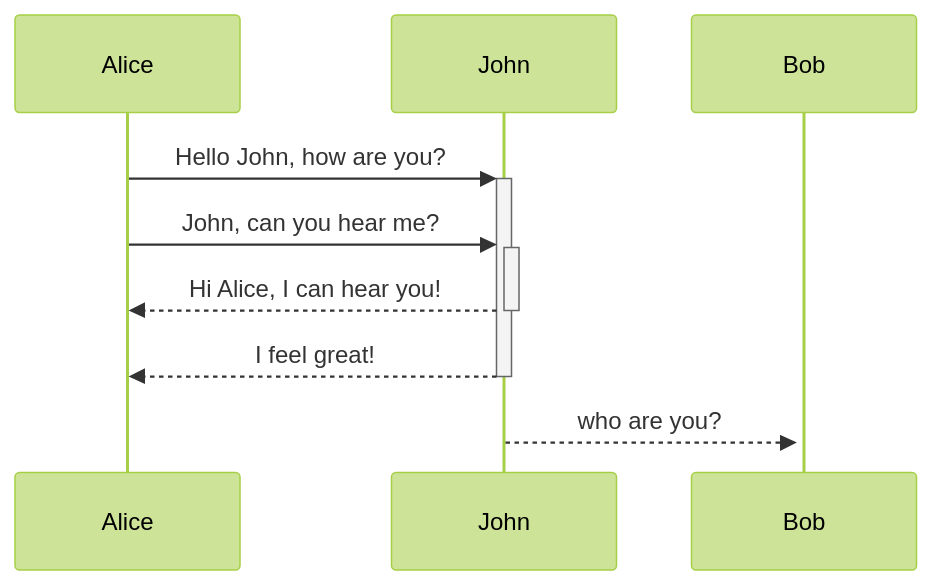
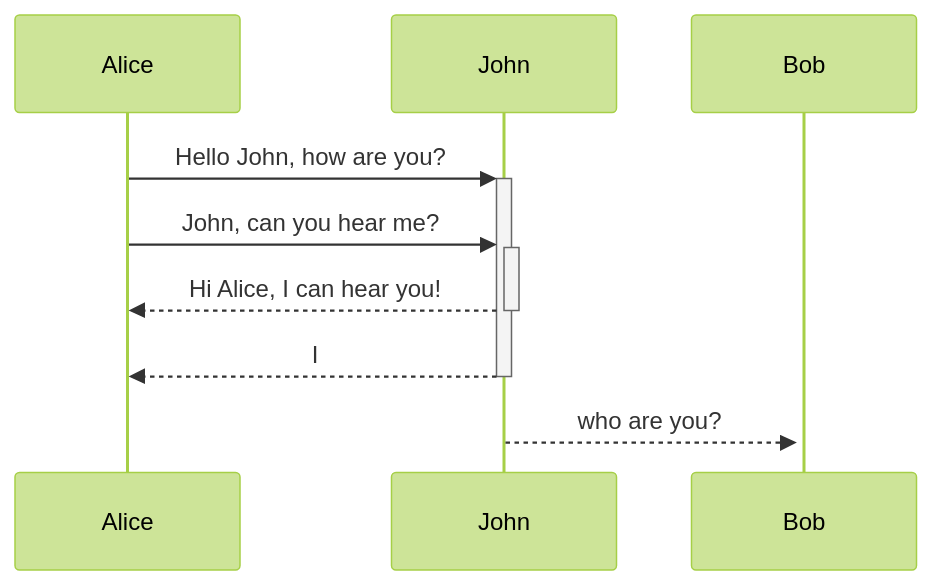
The diagram in all/未命名-3.md (googlelxhgithub/iodraw-files), drawn with Mermaid (forest theme) before and after one commit.

Commit message:
2024-07-13 11:12:24 update

````diff
--- a/all/未命名-3.md
+++ b/all/未命名-3.md
@@ -1,9 +1,9 @@
 ```mermaid
 sequenceDiagram
     Alice->>+John: Hello John, how are you?
     Alice->>+John: John, can you hear me?
     John-->>-Alice: Hi Alice, I can hear you!
-    John-->>-Alice: I feel great!
+    John-->>-Alice: I
     John-->>+Bob: who are you?
             
 ```
````
